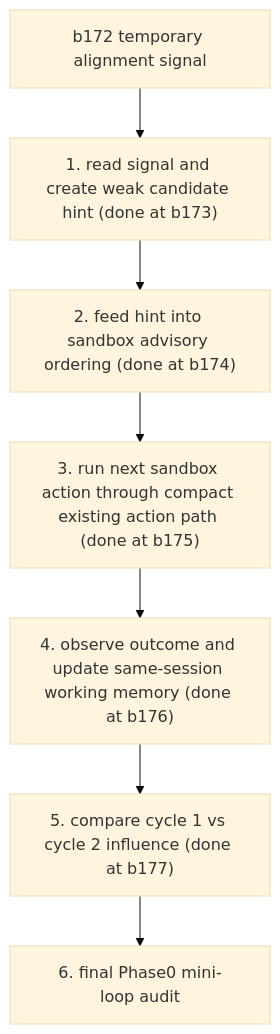
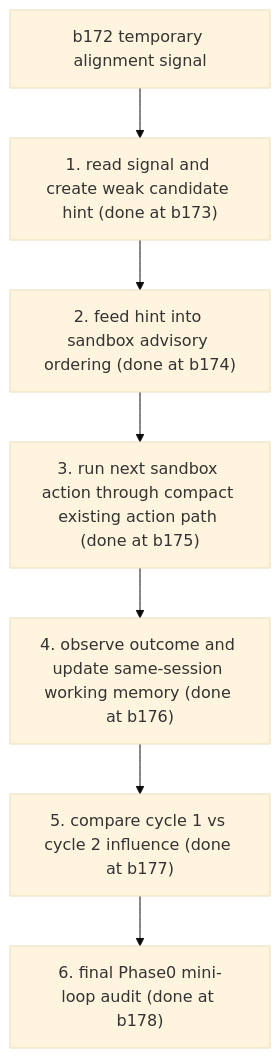
The diagram in docs/phase0_minimal_learning_action_memory_loop_plan.md (DeifiedXE/ashl_core_lab_v0), drawn with Mermaid (base theme) before and after one commit. The commit also changed other lines of this file and 12 other files, not shown here.

Commit message:
Add thought memory action Phase0 closure audit

````diff
--- a/docs/phase0_minimal_learning_action_memory_loop_plan.md
+++ b/docs/phase0_minimal_learning_action_memory_loop_plan.md
@@ -126,9 +131,9 @@
 ```mermaid
 flowchart TD
     A["b172 temporary alignment signal"] --> B["1. read signal and create weak candidate hint (done at b173)"]
     B --> C["2. feed hint into sandbox advisory ordering (done at b174)"]
     C --> D["3. run next sandbox action through compact existing action path (done at b175)"]
     D --> E["4. observe outcome and update same-session working memory (done at b176)"]
     E --> F["5. compare cycle 1 vs cycle 2 influence (done at b177)"]
-    F --> G["6. final Phase0 mini-loop audit"]
+    F --> G["6. final Phase0 mini-loop audit (done at b178)"]
 ```
````
